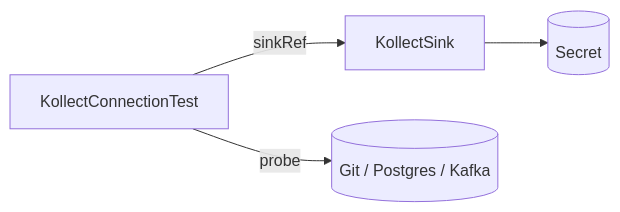
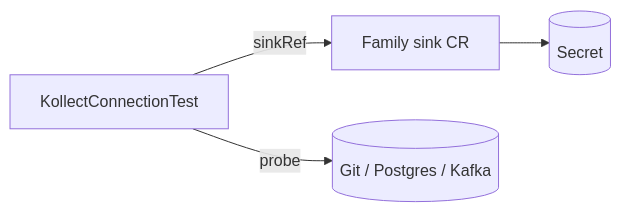
One commit to konih/kollect changed the diagram in docs/crds/kollectconnectiontest.md. Above: the diagram before and after it, drawn with Mermaid. The commit also changed other lines of this file and 22 other files, not shown here.

First line of the commit message:
:page_facing_up: docs: ADR-0414 family sink CRDs and samples

````diff
--- a/docs/crds/kollectconnectiontest.md
+++ b/docs/crds/kollectconnectiontest.md
@@ -20,11 +20,11 @@
 ```mermaid
 flowchart LR
   ConnTest[KollectConnectionTest]
-  Sink[KollectSink]
+  Sink[Family sink CR]
   Secret[(Secret)]
   Backend[(Git / Postgres / Kafka)]
 
   ConnTest -->|sinkRef| Sink
   Sink --> Secret
   ConnTest -->|probe| Backend
 ```
````
